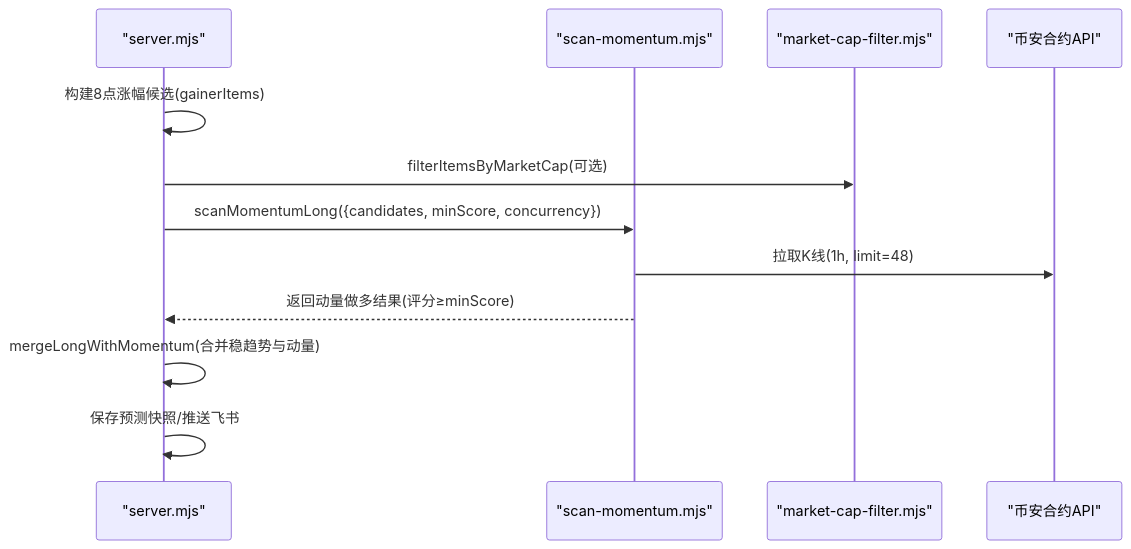
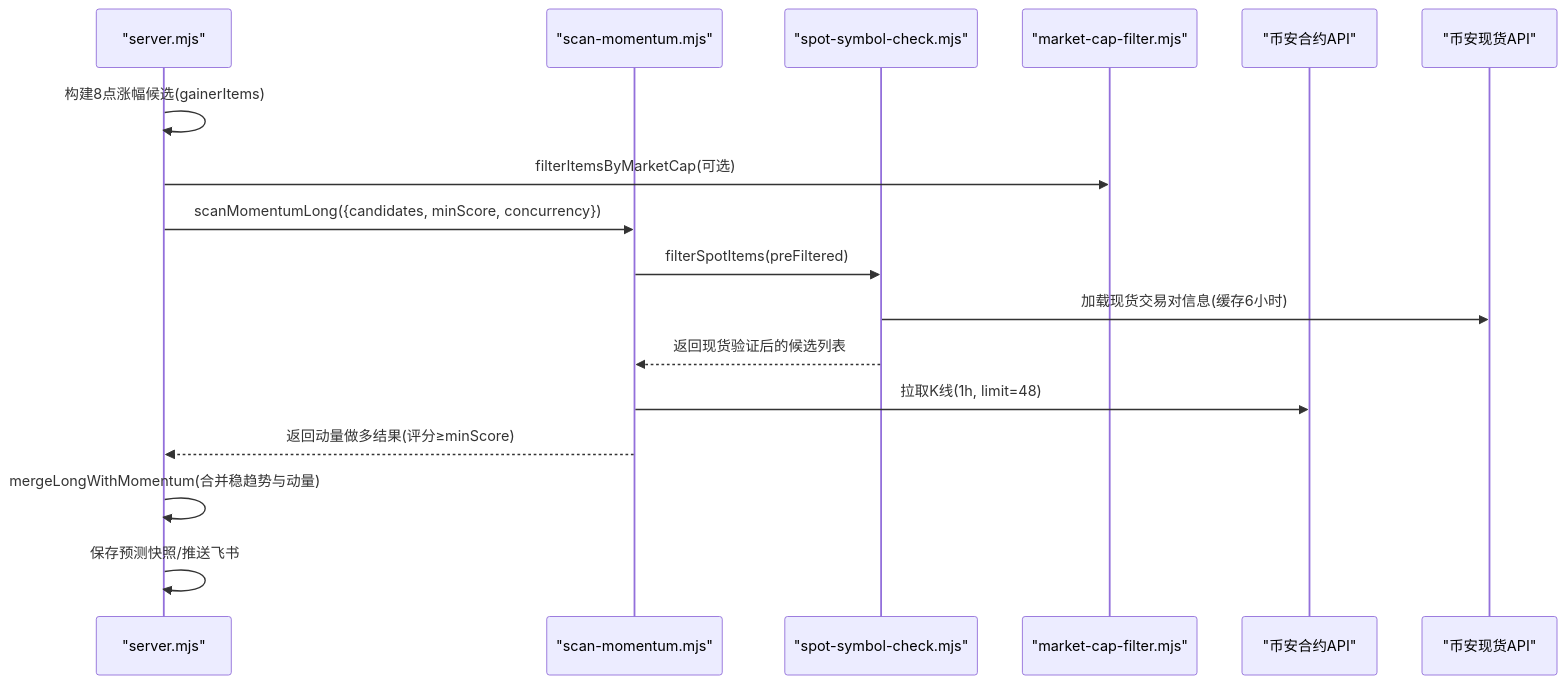
Before and after one commit to kekexilinan/BinaceSmart: the second of 8 diagrams in .qoder/repowiki/zh/content/核心功能模块/动量做多扫描.md, drawn with Mermaid. The commit also changed other lines of this file and 63 other files, not shown here.

````diff
--- a/.qoder/repowiki/zh/content/核心功能模块/动量做多扫描.md
+++ b/.qoder/repowiki/zh/content/核心功能模块/动量做多扫描.md
@@ -77,14 +110,19 @@
 ```mermaid
 sequenceDiagram
 participant S as "server.mjs"
 participant M as "scan-momentum.mjs"
+participant V as "spot-symbol-check.mjs"
 participant F as "market-cap-filter.mjs"
 participant B as "币安合约API"
+participant SPOT as "币安现货API"
 S->>S : 构建8点涨幅候选(gainerItems)
 S->>F : filterItemsByMarketCap(可选)
 S->>M : scanMomentumLong({candidates, minScore, concurrency})
+M->>V : filterSpotItems(preFiltered)
+V->>SPOT : 加载现货交易对信息(缓存6小时)
+V-->>M : 返回现货验证后的候选列表
 M->>B : 拉取K线(1h, limit=48)
 M-->>S : 返回动量做多结果(评分≥minScore)
 S->>S : mergeLongWithMomentum(合并稳趋势与动量)
 S->>S : 保存预测快照/推送飞书
 ```
````
